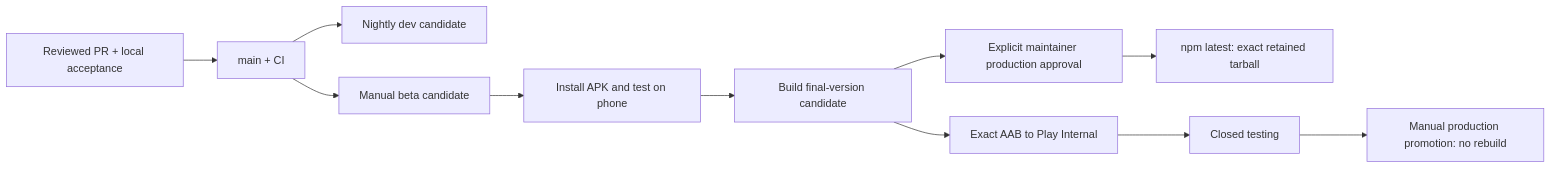
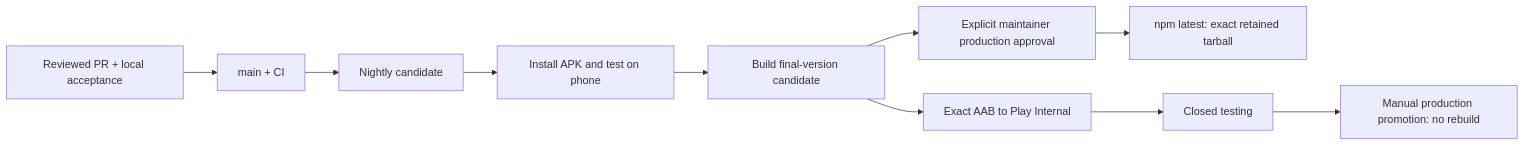
Before and after one commit to umeranjum17/muxr: the diagram in docs/RELEASING.md, drawn with Mermaid. The commit also changed other lines of this file and 13 other files, not shown here.

````diff
--- a/docs/RELEASING.md
+++ b/docs/RELEASING.md
@@ -5,13 +5,12 @@
 ```mermaid
 flowchart LR
  PR[Reviewed PR + local acceptance] --> MAIN[main + CI]
- MAIN --> DEV[Nightly dev candidate]
- MAIN --> BETA[Manual beta candidate]
- BETA --> PHONE[Install APK and test on phone]
+ MAIN --> NIGHTLY[Nightly candidate]
+ NIGHTLY --> PHONE[Install APK and test on phone]
  PHONE --> FINAL[Build final-version candidate]
  FINAL --> APPROVE[Explicit maintainer production approval]
  APPROVE --> NPM[npm latest: exact retained tarball]
  FINAL --> INTERNAL[Exact AAB to Play Internal]
  INTERNAL --> CLOSED[Closed testing]
  CLOSED --> PROD[Manual production promotion: no rebuild]
 ```
````
